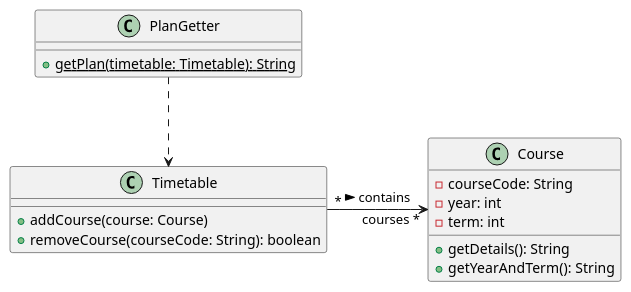
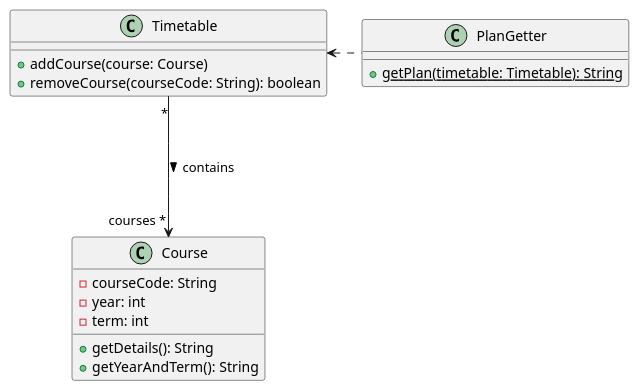
One commit to nus-cs2113-AY2324S2/tp changed the diagram in docs/uml/TimetablePlan_ClassDiagram.puml. Above: the diagram before and after it, drawn with PlantUML. The commit also changed 6 other files, not shown here.

```diff
--- a/docs/uml/TimetablePlan_ClassDiagram.puml
+++ b/docs/uml/TimetablePlan_ClassDiagram.puml
@@ -1,21 +1,21 @@
 @startuml
 class Timetable {
     +addCourse(course: Course)
     +removeCourse(courseCode: String): boolean
 }
 
 class Course {
     -courseCode: String
     -year: int
     -term: int
     +getDetails(): String
     +getYearAndTerm(): String
 }
 
 class PlanGetter {
     +{static} getPlan(timetable: Timetable): String
 }
 
-Timetable "*" -> "courses *" Course : contains >
-PlanGetter ..> Timetable
+Timetable "*" ---> "courses *" Course : contains >
+PlanGetter .left.> Timetable
 @enduml
```
